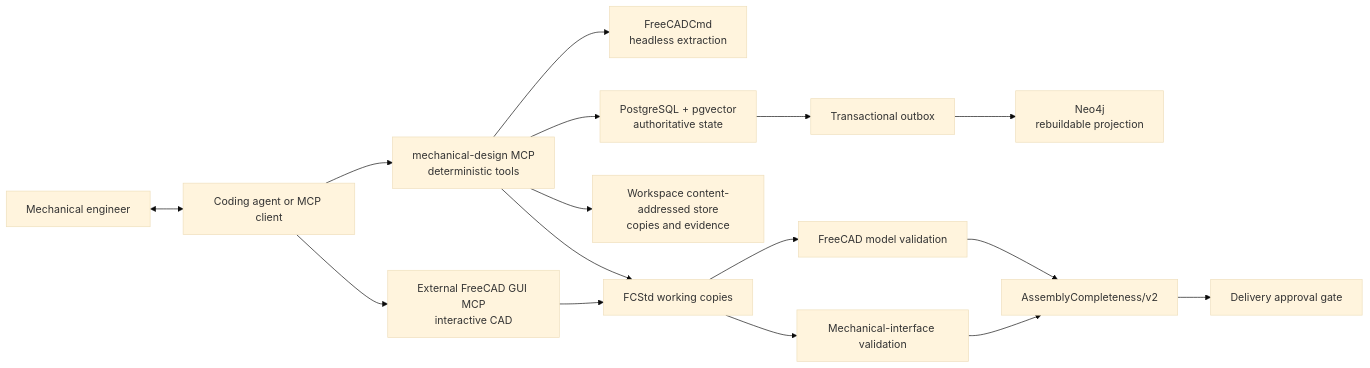
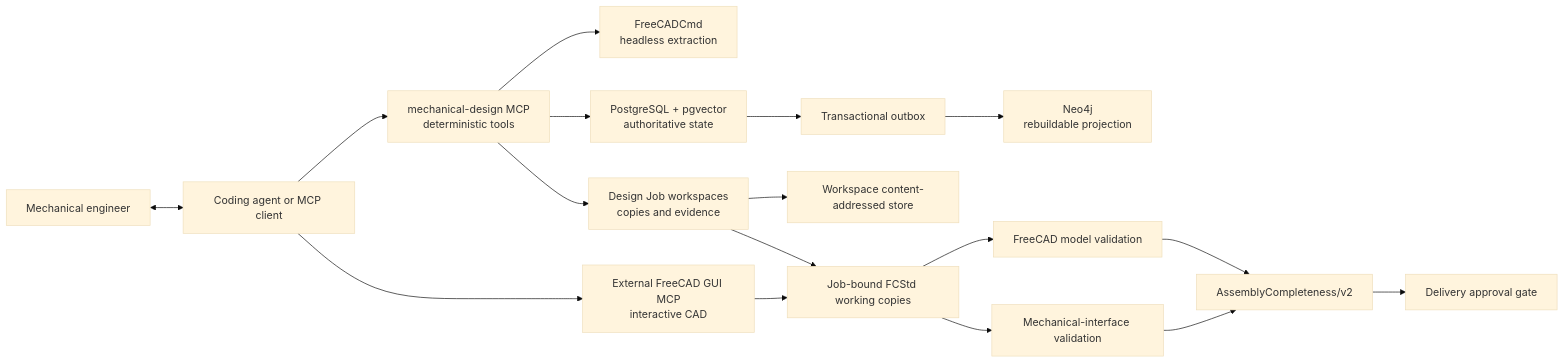
Before and after one commit to Milkdomeda/ai-mechanical-3dcad-design-agent: the diagram in docs/ARCHITECTURE.md, drawn with Mermaid (base theme). The commit also changed other lines of this file and 24 other files, not shown here.

Commit message:
release: prepare design job workspace upgrade

````diff
--- a/docs/ARCHITECTURE.md
+++ b/docs/ARCHITECTURE.md
@@ -3,18 +3,19 @@
 ```mermaid
 flowchart LR
   Engineer["Mechanical engineer"] <--> Agent["Coding agent or MCP client"]
   Agent --> MD["mechanical-design MCP<br/>deterministic tools"]
   Agent --> GUI["External FreeCAD GUI MCP<br/>interactive CAD"]
   MD --> CMD["FreeCADCmd<br/>headless extraction"]
   MD --> PG["PostgreSQL + pgvector<br/>authoritative state"]
-  MD --> CAS["Workspace content-addressed store<br/>copies and evidence"]
+  MD --> Jobs["Design Job workspaces<br/>copies and evidence"]
+  Jobs --> CAS["Workspace content-addressed store"]
   PG --> Outbox["Transactional outbox"]
   Outbox --> Neo["Neo4j<br/>rebuildable projection"]
-  GUI --> WC["FCStd working copies"]
-  MD --> WC
+  GUI --> WC["Job-bound FCStd working copies"]
+  Jobs --> WC
   WC --> GV["FreeCAD model validation"]
   WC --> MIV["Mechanical-interface validation"]
   GV --> ACV["AssemblyCompleteness/v2"]
   MIV --> ACV
   ACV --> Delivery["Delivery approval gate"]
 ```
````
